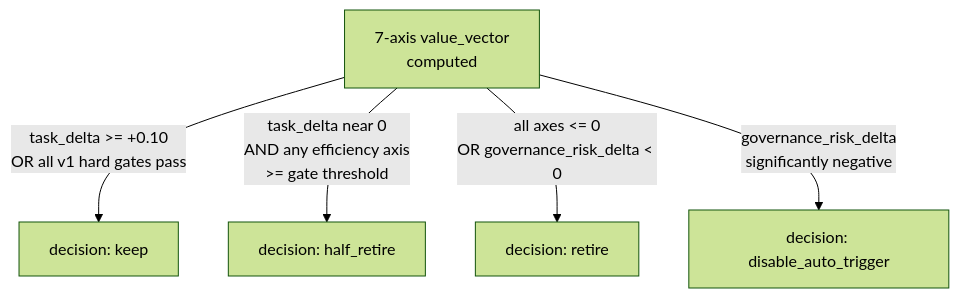
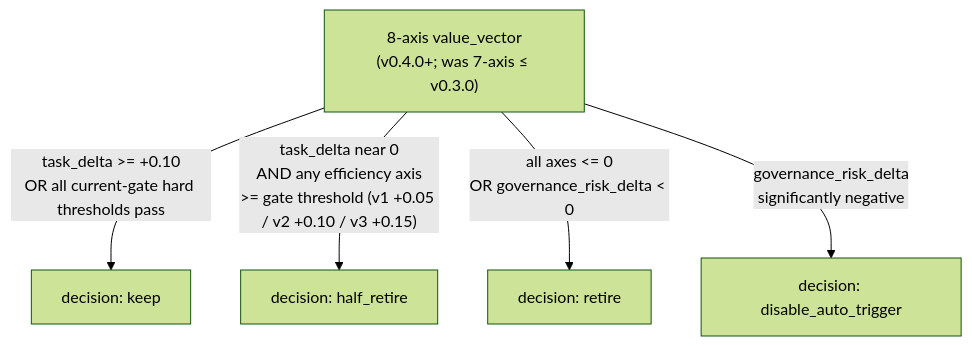
The fourth of 5 diagrams in docs/architecture.md (YoRHa-Agents/Si-Chip), drawn with Mermaid (forest theme) before and after one commit. The commit also changed other lines of this file and 13 other files, not shown here.

````diff
--- a/docs/architecture.md
+++ b/docs/architecture.md
@@ -136,12 +147,12 @@
 ```mermaid
 flowchart TB
-    vv["7-axis value_vector<br/>computed"]
+    vv["8-axis value_vector<br/>(v0.4.0+; was 7-axis &le; v0.3.0)"]
     keep["decision: keep"]
     halfRetire["decision: half_retire"]
     retire["decision: retire"]
     disable["decision: disable_auto_trigger"]
-    vv -- "task_delta >= +0.10<br/>OR all v1 hard gates pass" --> keep
-    vv -- "task_delta near 0<br/>AND any efficiency axis<br/>>= gate threshold" --> halfRetire
+    vv -- "task_delta >= +0.10<br/>OR all current-gate hard thresholds pass" --> keep
+    vv -- "task_delta near 0<br/>AND any efficiency axis<br/>>= gate threshold (v1 +0.05 / v2 +0.10 / v3 +0.15)" --> halfRetire
     vv -- "all axes <= 0<br/>OR governance_risk_delta < 0" --> retire
     vv -- "governance_risk_delta<br/>significantly negative" --> disable
 ```
````
